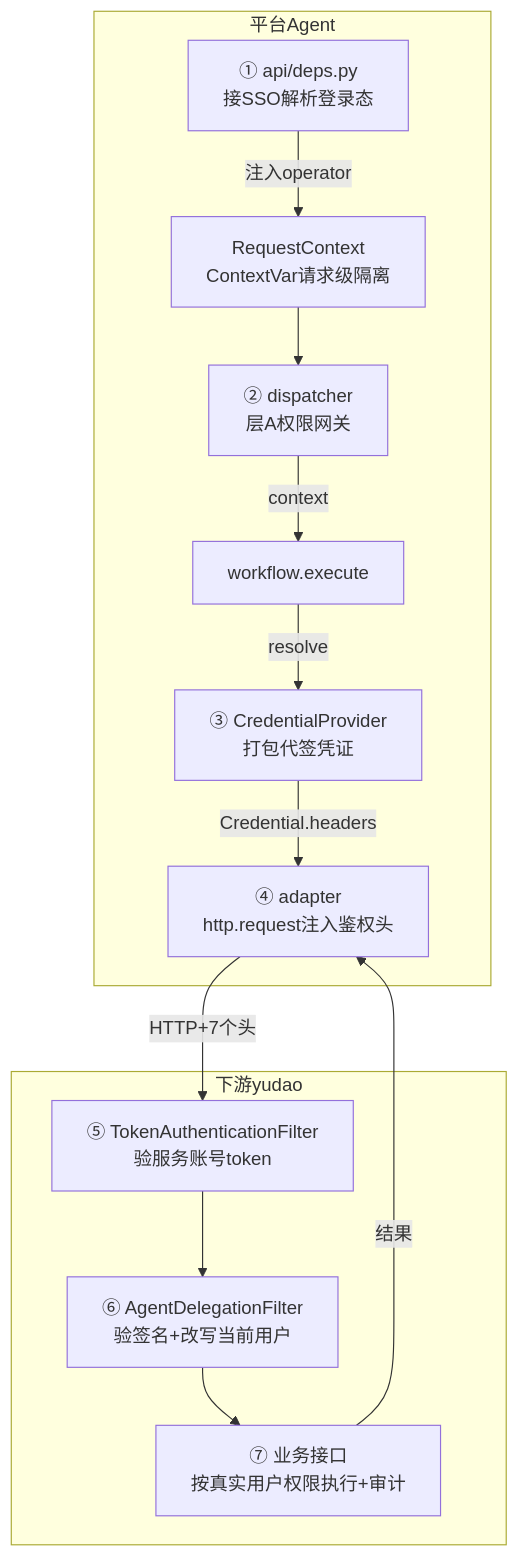
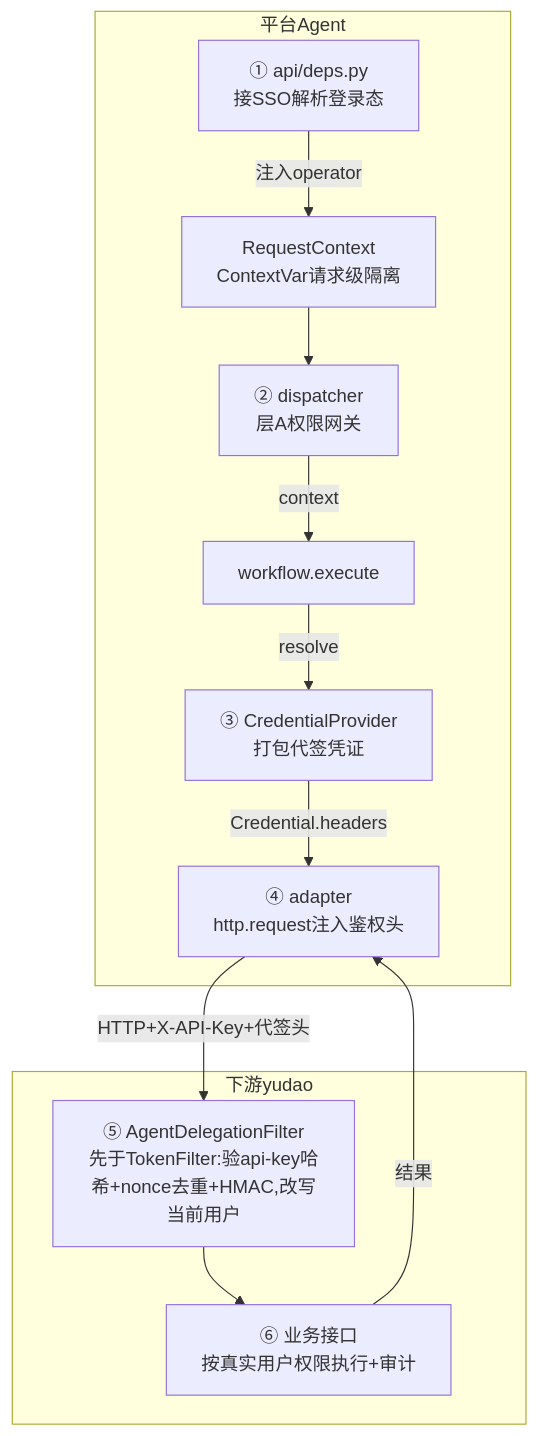
Before and after one commit to zs2731070169-web/smart_talkflow: the first of 2 diagrams in SSD/用户认证与操作权限控制落地计划.md, drawn with Mermaid. The commit also changed other lines of this file and 16 other files, not shown here.

````diff
--- a/SSD/用户认证与操作权限控制落地计划.md
+++ b/SSD/用户认证与操作权限控制落地计划.md
@@ -118,17 +124,16 @@
 ```mermaid
 graph TD
     subgraph 平台Agent
         A[① api/deps.py<br/>接SSO解析登录态] -->|注入operator| B[RequestContext<br/>ContextVar请求级隔离]
         B --> C[② dispatcher<br/>层A权限网关]
         C -->|context| D[workflow.execute]
         D -->|resolve| E[③ CredentialProvider<br/>打包代签凭证]
         E -->|Credential.headers| F[④ adapter<br/>http.request注入鉴权头]
     end
-    F -->|HTTP+7个头| G
+    F -->|HTTP+X-API-Key+代签头| G
     subgraph 下游yudao
-        G[⑤ TokenAuthenticationFilter<br/>验服务账号token]
-        G --> H[⑥ AgentDelegationFilter<br/>验签名+改写当前用户]
-        H --> I[⑦ 业务接口<br/>按真实用户权限执行+审计]
+        G[⑤ AgentDelegationFilter<br/>先于TokenFilter:验api-key哈希+nonce去重+HMAC,改写当前用户]
+        G --> I[⑥ 业务接口<br/>按真实用户权限执行+审计]
     end
     I -->|结果| F
 ```
````
